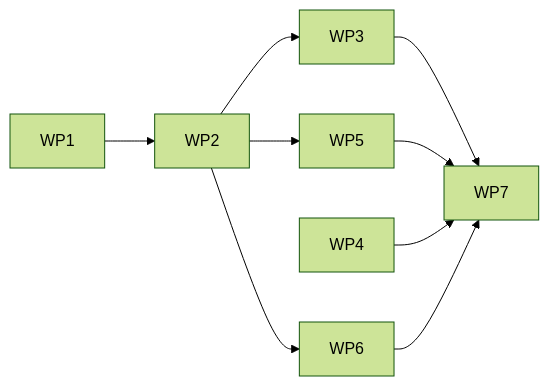
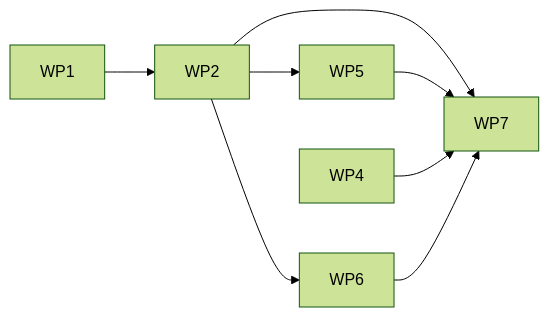
One commit to PascalChristiaanse/NeptuneOD changed the fourth of 4 diagrams in docs/LOGGING_ARCHITECTURE_REPORT.md. Above: the diagram before and after it, drawn with Mermaid (forest theme). The commit also changed other lines of this file and 31 other files, not shown here.

````diff
--- a/docs/LOGGING_ARCHITECTURE_REPORT.md
+++ b/docs/LOGGING_ARCHITECTURE_REPORT.md
@@ -709,7 +593,7 @@
 ```mermaid
 graph LR
-    WP1 --> WP2 --> WP3 --> WP7
+    WP1 --> WP2 --> WP7
     WP2 --> WP5 --> WP7
     WP4 --> WP7
     WP2 --> WP6 --> WP7
 ```
````
